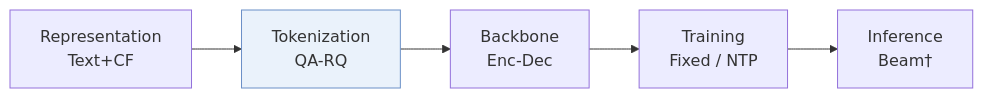
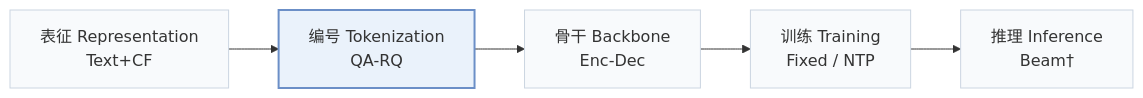
One commit to Galaxy-ghost/Awesome-SID-Generative-Rec changed the first of 2 diagrams in pages/zh/papers/quasid.md. Above: the diagram before and after it, drawn with Mermaid. The commit also changed other lines of this file and 649 other files, not shown here.

Commit message:
writer-05: also tags and modality index (schema, check, build, visuals); summary field removed; calibration data for 12 papers

````diff
--- a/pages/zh/papers/quasid.md
+++ b/pages/zh/papers/quasid.md
@@ -13,6 +15,8 @@
 ```mermaid
 flowchart LR
-    R["Representation<br/>Text+CF"] --> T["Tokenization<br/>QA-RQ"] --> B["Backbone<br/>Enc-Dec"] --> TR["Training<br/>Fixed / NTP"] --> I["Inference<br/>Beam†"]
-    classDef main fill:#eaf2fb,stroke:#6b8fc7
+    R["表征 Representation<br/>Text+CF"] --> T["编号 Tokenization<br/>QA-RQ"] --> B["骨干 Backbone<br/>Enc-Dec"] --> TR["训练 Training<br/>Fixed / NTP"] --> I["推理 Inference<br/>Beam†"]
+    classDef base fill:#f8fafc,stroke:#cbd5e1
+    class R,T,B,TR,I base
+    classDef main fill:#eaf2fb,stroke:#6b8fc7,stroke-width:2px
     class T main
 ```
````
